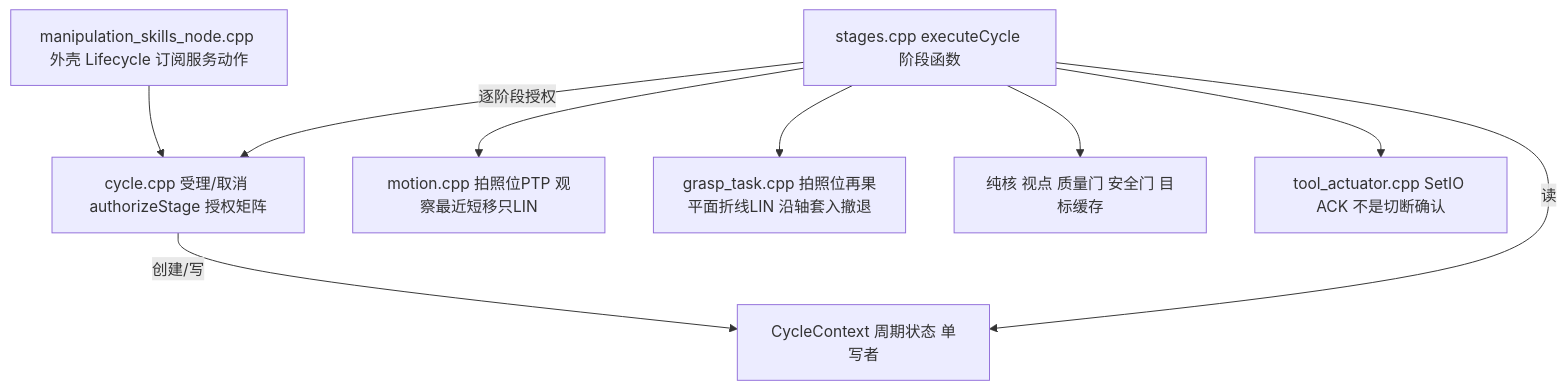
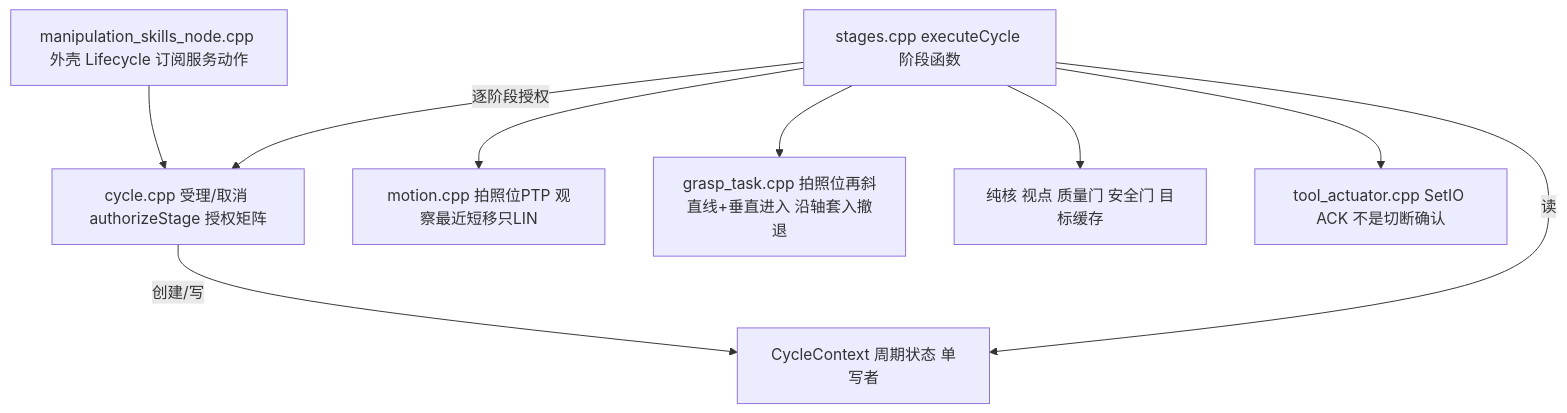
One commit to MUHAN11-c/aubo_boot changed the tenth of 15 diagrams in docs/architecture.md. Above: the diagram before and after it, drawn with Mermaid. The commit also changed other lines of this file and 36 other files, not shown here.

````diff
--- a/docs/architecture.md
+++ b/docs/architecture.md
@@ -608,19 +608,19 @@
 ```mermaid
 flowchart TB
   node["manipulation_skills_node.cpp 外壳 Lifecycle 订阅服务动作"]
   cycle["cycle.cpp 受理/取消 authorizeStage 授权矩阵"]
   ctx["CycleContext 周期状态 单写者"]
   stages["stages.cpp executeCycle 阶段函数"]
   motion["motion.cpp 拍照位PTP 观察最近短移只LIN"]
-  mtc["grasp_task.cpp 拍照位再果平面折线LIN 沿轴套入撤退"]
+  mtc["grasp_task.cpp 拍照位再斜直线+垂直进入 沿轴套入撤退"]
   core["纯核 视点 质量门 安全门 目标缓存"]
   tool["tool_actuator.cpp SetIO ACK 不是切断确认"]
   node --> cycle
   cycle -->|"创建/写"| ctx
   stages -->|"读"| ctx
   stages -->|"逐阶段授权"| cycle
   stages --> motion
   stages --> core
   stages --> mtc
   stages --> tool
 ```
````
